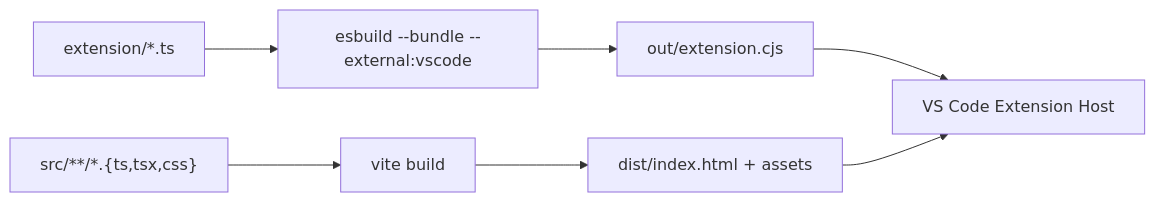
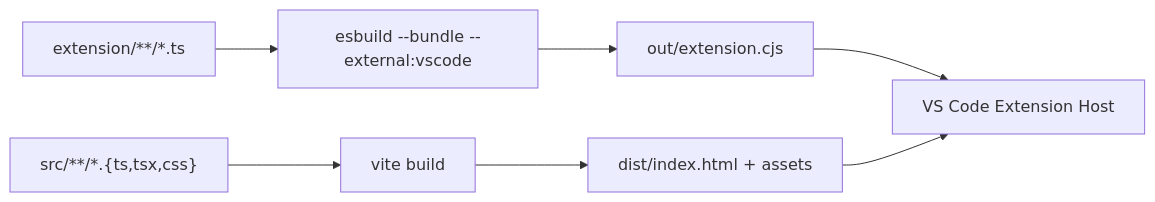
The fourth of 4 diagrams in ARCHITECTURE.md (MoneebbYCh/CharterAi), drawn with Mermaid before and after one commit. The commit also changed other lines of this file and 33 other files, not shown here.

````diff
--- a/ARCHITECTURE.md
+++ b/ARCHITECTURE.md
@@ -120,7 +184,7 @@
 ```mermaid
 graph LR
-  SRC_EXT["extension/*.ts"] --> ESBUILD["esbuild --bundle --external:vscode"] --> EXT_OUT["out/extension.cjs"]
+  SRC_EXT["extension/**/*.ts"] --> ESBUILD["esbuild --bundle --external:vscode"] --> EXT_OUT["out/extension.cjs"]
   SRC_WEB["src/**/*.{ts,tsx,css}"] --> VITE["vite build"] --> WEB_OUT["dist/index.html + assets"]
   EXT_OUT --> RUN["VS Code Extension Host"]
   WEB_OUT --> RUN
 ```
````
